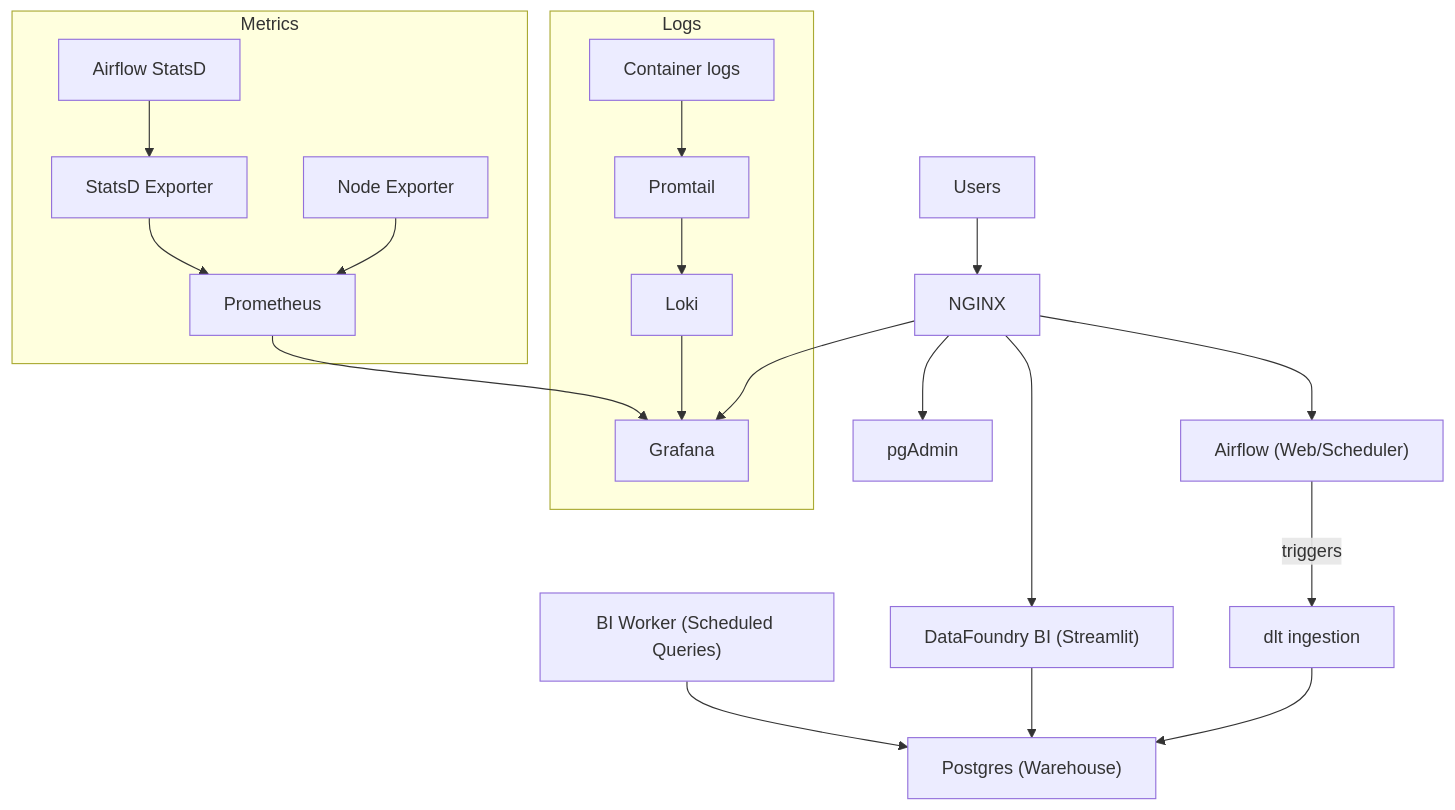
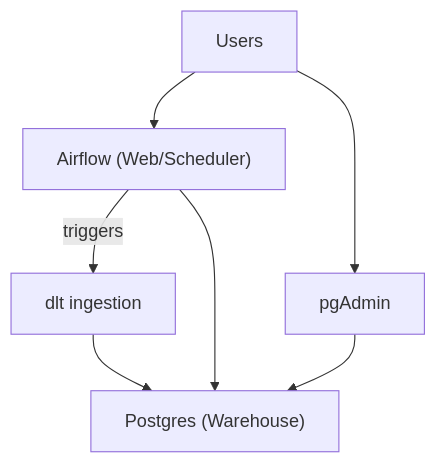
Before and after one commit to jordansgoodman/DataFoundry: the diagram in README.md, drawn with Mermaid. The commit also changed other lines of this file and 5 other files, not shown here.

````diff
--- a/README.md
+++ b/README.md
@@ -16,22 +16,10 @@
 ```mermaid
 flowchart TD
-  U["Users"] --> N["NGINX"]
-  N --> BI["DataFoundry BI (Streamlit)"]
-  N --> AF["Airflow (Web/Scheduler)"]
-  N --> GF["Grafana"]
-  N --> PGA["pgAdmin"]
+  U["Users"] --> AF["Airflow (Web/Scheduler)"]
+  U --> PGA["pgAdmin"]
 
   AF -->|triggers| DLT["dlt ingestion"]
   DLT --> PG["Postgres (Warehouse)"]
-  BI --> PG
-  BIW["BI Worker (Scheduled Queries)"] --> PG
-
-  subgraph Logs
-    L["Container logs"] --> PT["Promtail"] --> LK["Loki"] --> GF
-  end
-
-  subgraph Metrics
-    NE["Node Exporter"] --> PM["Prometheus"] --> GF
-    SD["Airflow StatsD"] --> SE["StatsD Exporter"] --> PM
-  end
+  AF --> PG
+  PGA --> PG
 ```
````
